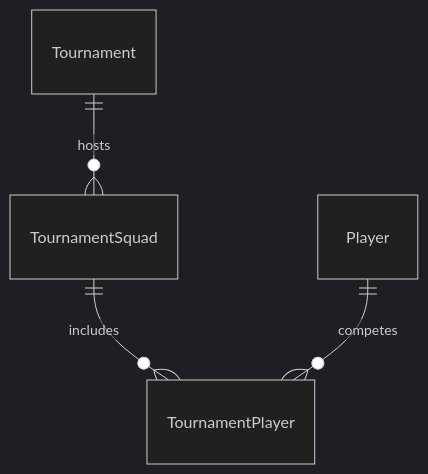
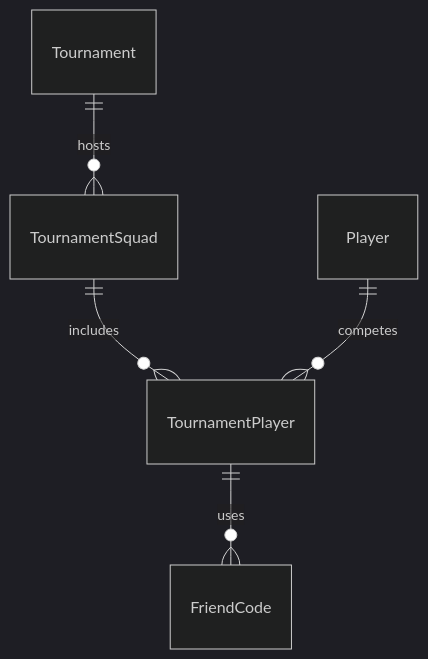
One commit to MarioKartCentral/MarioKartCentral changed the seventh of 16 diagrams in docs/database.md. Above: the diagram before and after it, drawn with Mermaid (dark theme). The commit also changed other lines of this file and 37 other files, not shown here.

Commit message:
Implement multi-database architecture

````diff
--- a/docs/database.md
+++ b/docs/database.md
@@ -256,7 +258,8 @@
 ```mermaid
 erDiagram
     %% Registration
     Tournament ||--o{ TournamentSquad : "hosts"
     TournamentSquad ||--o{ TournamentPlayer : "includes"
     Player ||--o{ TournamentPlayer : "competes"
+    TournamentPlayer ||--o{ FriendCode : "uses"
 ```
````
